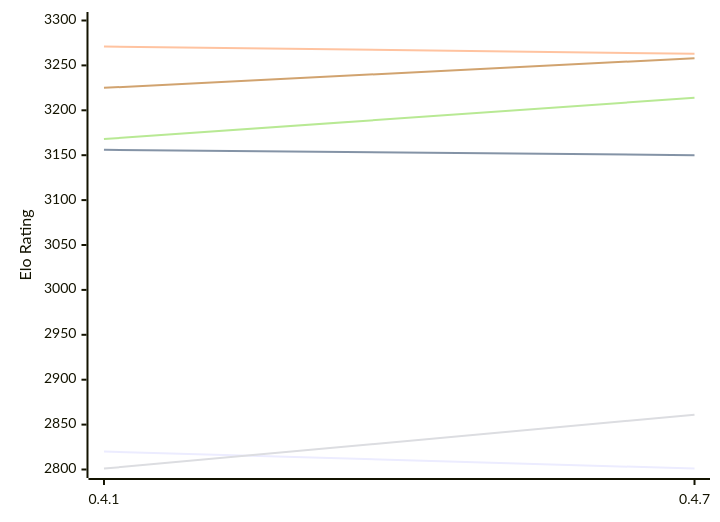
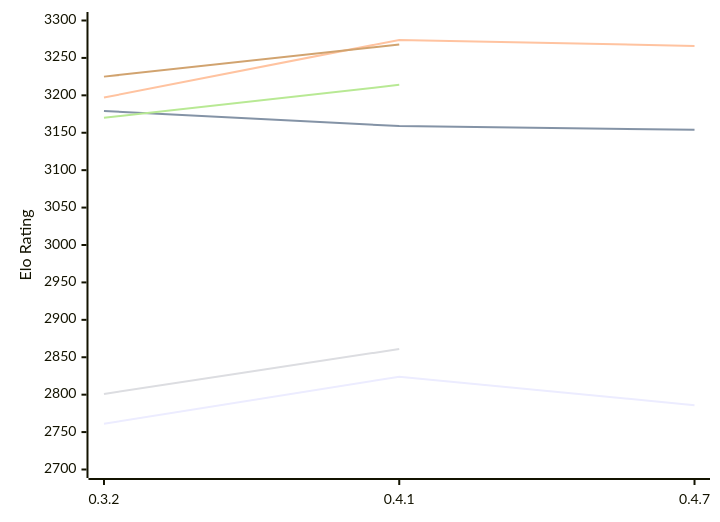
One commit to computer-chess-index/cci changed the diagram in engines/Arabica.md. Above: the diagram before and after it, drawn with Mermaid. The commit also changed other lines of this file, not shown here.

Commit message:
Update CCI Ratings (ELO VLTC) - 2026-11-22

````diff
--- a/engines/Arabica.md
+++ b/engines/Arabica.md
@@ -49,12 +50,12 @@
 ```mermaid
 %%{init: {"theme":"base","themeVariables":{"seriesColors:['#a3a3a3','#222221','#faa371']}}}%%
 xychart-beta
-  x-axis ["0.4.1", "0.4.7"]
-  y-axis "Elo Rating" 2800 --> 3300
-  line "E1: STC (8.0+0.08s)" [2820, 2801]
-  line "E1: LTC (60.0+0.60s)" [3156, 3150]
-  line "E1: VLTC (2m24s+1.12s)" [3271, 3263]
+  x-axis ["0.3.2", "0.4.1", "0.4.7"]
+  y-axis "Elo Rating" 2700 --> 3300
+  line "E1: STC (8.0+0.08s)" [2761, 2824, 2786]
+  line "E1: LTC (60.0+0.60s)" [3179, 3159, 3154]
+  line "E1: VLTC (2m24s+1.12s)" [3197, 3274, 3266]
   line "P1: STC (8.0+0.08s)" [2801, 2861]
-  line "P1: LTC (60.0+0.60s)" [3168, 3214]
-  line "P1: VLTC (2m24s+1.12s)" [3225, 3258]
+  line "P1: LTC (60.0+0.60s)" [3170, 3214]
+  line "P1: VLTC (2m24s+1.12s)" [3225, 3268]
 ```
````
